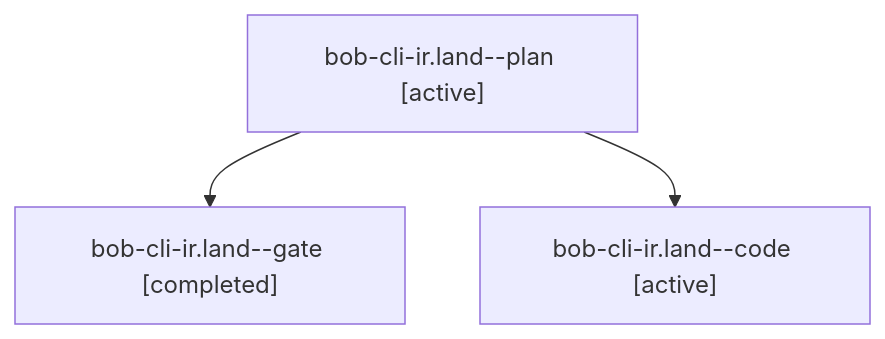
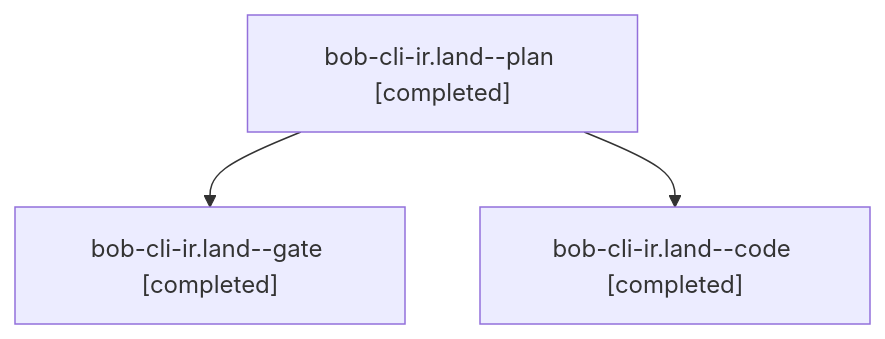
One commit to bobs-org/bob-cli--agents changed the diagram in sessions/bbugyi200.athena.bob-cli-ir.land.md. Above: the diagram before and after it, drawn with Mermaid. The commit also changed other lines of this file and 102 other files, not shown here.

````diff
--- a/sessions/bbugyi200.athena.bob-cli-ir.land.md
+++ b/sessions/bbugyi200.athena.bob-cli-ir.land.md
@@ -9,8 +9,8 @@
 ```mermaid
 flowchart TD
-  n0["bob-cli-ir.land--plan [active]"]
+  n0["bob-cli-ir.land--plan [completed]"]
   n1["bob-cli-ir.land--gate [completed]"]
   n0 --> n1
-  n2["bob-cli-ir.land--code [active]"]
+  n2["bob-cli-ir.land--code [completed]"]
   n0 --> n2
 ```
````
